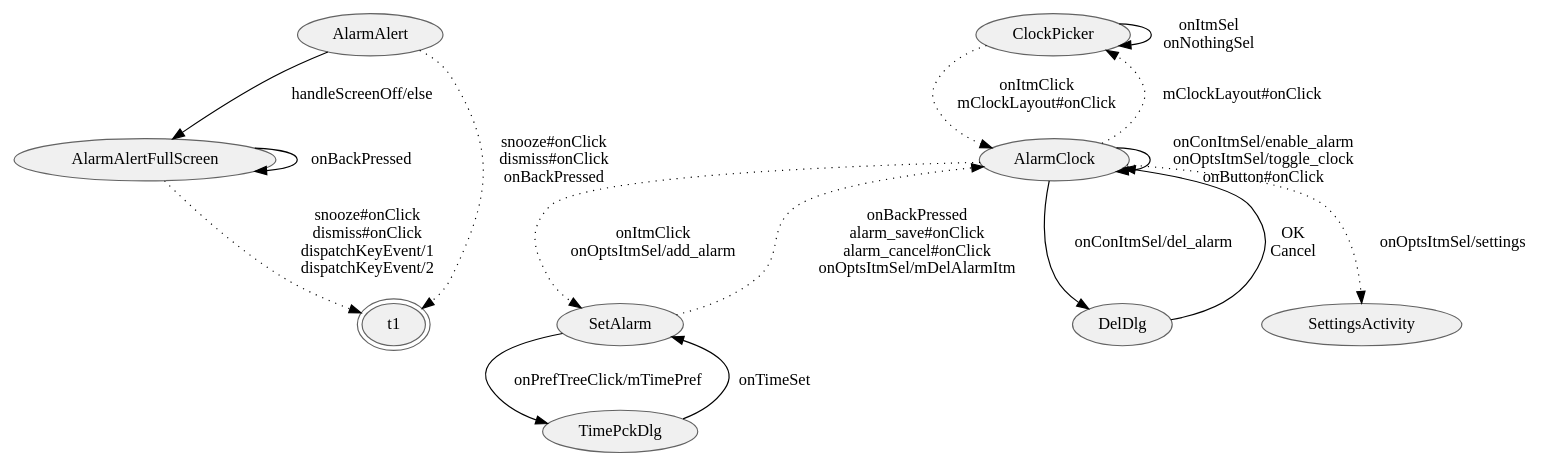
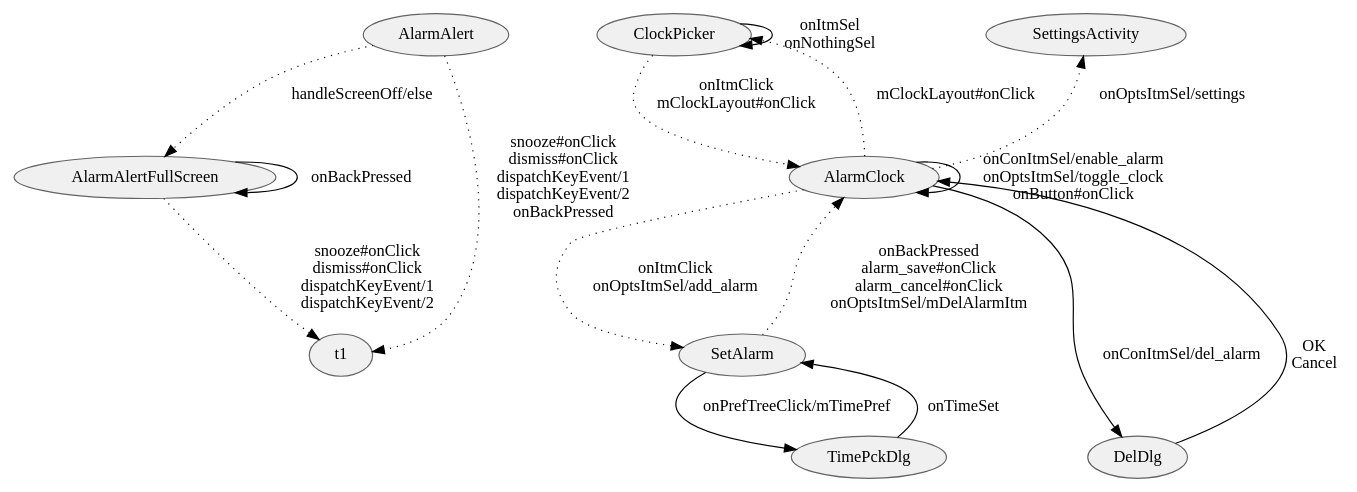
One commit to hans89/astparser changed the diagram in graphviz/AlarmClock-man.gv. Above: the diagram before and after it, drawn with Graphviz. The commit also changed 35 other files, not shown here.

```diff
--- a/graphviz/AlarmClock-man.gv
+++ b/graphviz/AlarmClock-man.gv
@@ -1,54 +1,61 @@
 digraph {
 rankdir = TB;
 fontname="Helvetica";
 node[style="filled,solid", colorscheme=greys3, fillcolor=1, color=3];
 
 AlarmAlert;
 AlarmAlertFullScreen;
 
 ClockPicker;
 SetAlarm;
 SettingsActivity;
 DelDlg;
 AlarmClock;
 TimePckDlg;
 
-t1[peripheries=2];
+t1;
 AlarmAlertFullScreen -> t1[label="snooze#onClick
 dismiss#onClick
 dispatchKeyEvent/1
 dispatchKeyEvent/2",style=dotted];
 AlarmAlertFullScreen -> AlarmAlertFullScreen[label="onBackPressed"];
 
 AlarmAlert -> t1[label="snooze#onClick
 dismiss#onClick
+dispatchKeyEvent/1
+dispatchKeyEvent/2
 onBackPressed",style=dotted];
-AlarmAlert -> AlarmAlertFullScreen[label="handleScreenOff/else"];
+AlarmAlert -> AlarmAlertFullScreen[label="handleScreenOff/else",style=dotted];
 
 AlarmClock -> AlarmClock[label="onConItmSel/enable_alarm
 onOptsItmSel/toggle_clock
 onButton#onClick"];
 
 AlarmClock -> SetAlarm[label="onItmClick
 onOptsItmSel/add_alarm",style=dotted];
 
 AlarmClock -> ClockPicker[label="mClockLayout#onClick",style=dotted];
 
 AlarmClock -> SettingsActivity[label="onOptsItmSel/settings",style=dotted];
 
 ClockPicker -> ClockPicker[label="onItmSel\nonNothingSel"];
 ClockPicker -> AlarmClock[label="onItmClick\nmClockLayout#onClick",style=dotted];
 
 SetAlarm -> AlarmClock[label="onBackPressed
 alarm_save#onClick
 alarm_cancel#onClick
 onOptsItmSel/mDelAlarmItm",style=dotted];
 
 
 AlarmClock -> DelDlg[label="onConItmSel/del_alarm"];
 DelDlg -> AlarmClock[label="OK\nCancel"];
 
 SetAlarm -> TimePckDlg[label="onPrefTreeClick/mTimePref"];
 TimePckDlg -> SetAlarm[label="onTimeSet"];
 
+{rank=same; AlarmAlert SettingsActivity ClockPicker}
+{rank=same; AlarmAlertFullScreen AlarmClock}
+{rank=same; t1 SetAlarm}
+{rank=same; TimePckDlg DelDlg}
+
 }
```
